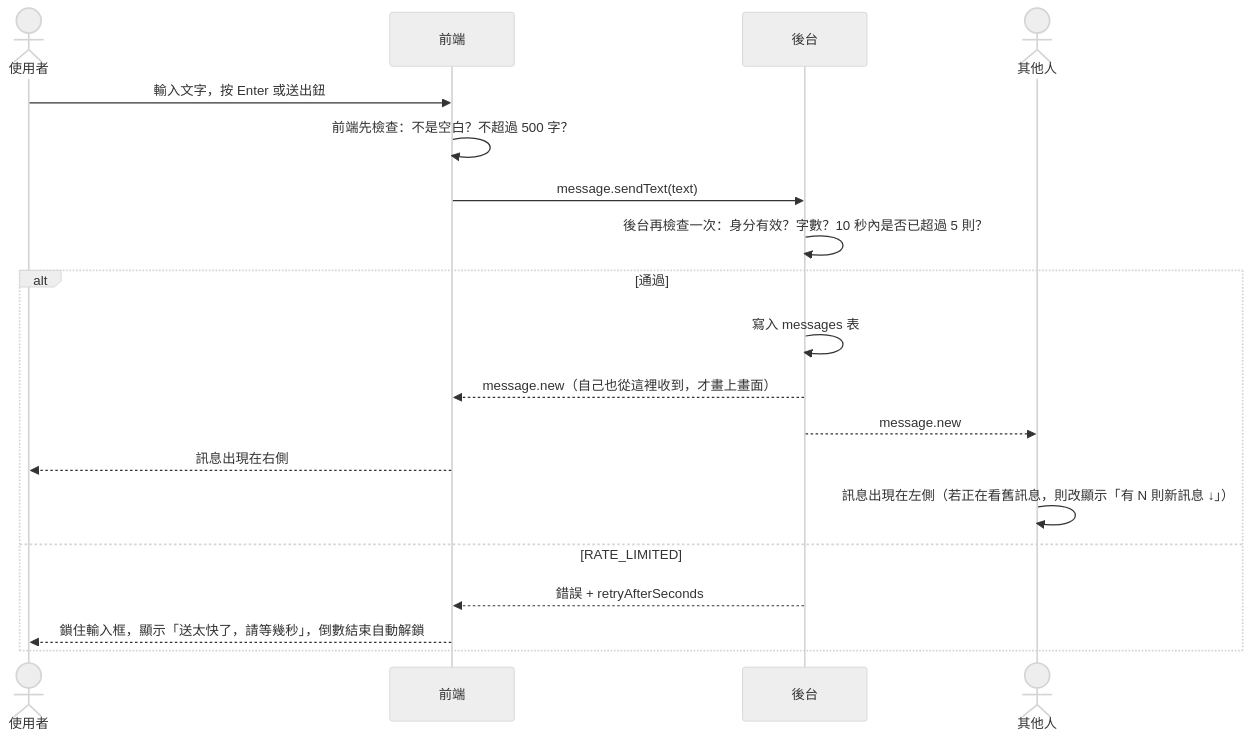
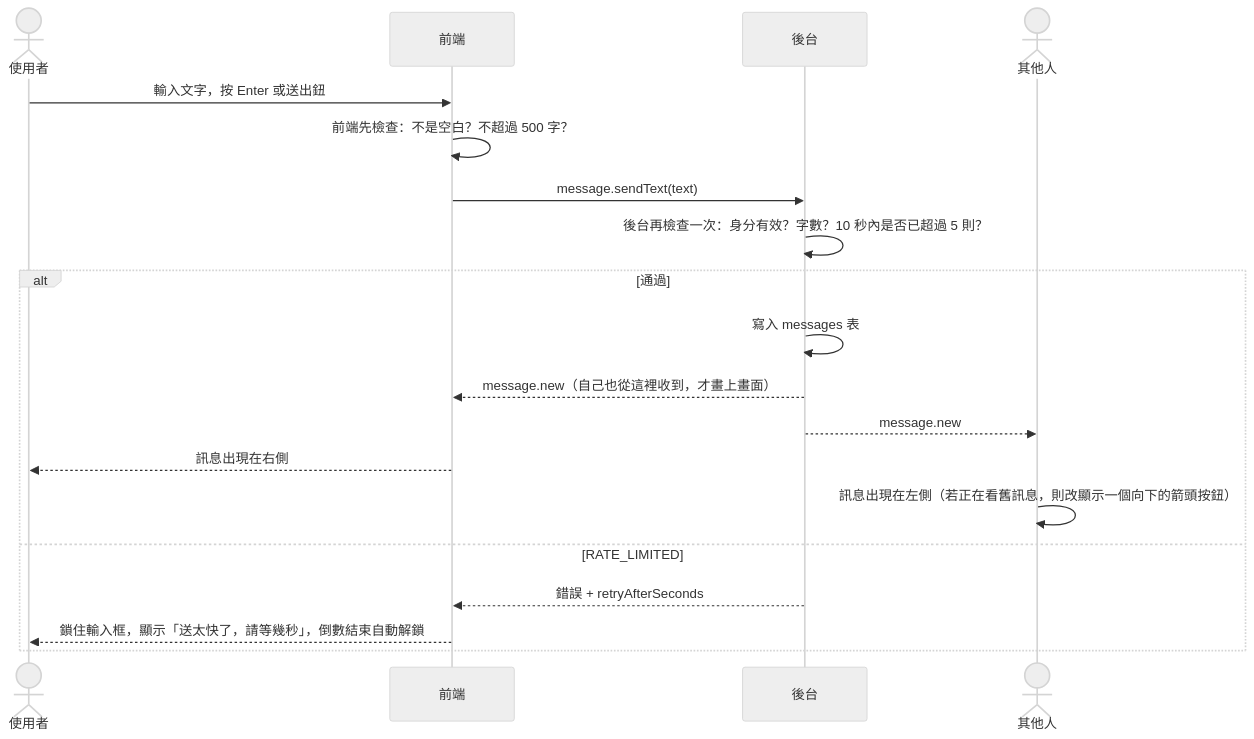
One commit to Hannah-061/Homework2 changed the fourth of 5 diagrams in docs/architecture.md. Above: the diagram before and after it, drawn with Mermaid (neutral theme). The commit also changed other lines of this file and 1 other file, not shown here.

Commit message:
Update architecture and add design doc

````diff
--- a/docs/architecture.md
+++ b/docs/architecture.md
@@ -405,22 +405,22 @@
 ```mermaid
 sequenceDiagram
     actor U as 使用者
     participant F as 前端
     participant S as 後台
     actor O as 其他人
 
     U->>F: 輸入文字，按 Enter 或送出鈕
     F->>F: 前端先檢查：不是空白？不超過 500 字？
     F->>S: message.sendText(text)
     S->>S: 後台再檢查一次：身分有效？字數？10 秒內是否已超過 5 則？
     alt 通過
         S->>S: 寫入 messages 表
         S-->>F: message.new（自己也從這裡收到，才畫上畫面）
         S-->>O: message.new
         F-->>U: 訊息出現在右側
-        O->>O: 訊息出現在左側（若正在看舊訊息，則改顯示「有 N 則新訊息 ↓」）
+        O->>O: 訊息出現在左側（若正在看舊訊息，則改顯示一個向下的箭頭按鈕）
     else RATE_LIMITED
         S-->>F: 錯誤 + retryAfterSeconds
         F-->>U: 鎖住輸入框，顯示「送太快了，請等幾秒」，倒數結束自動解鎖
     end
 ```
````
